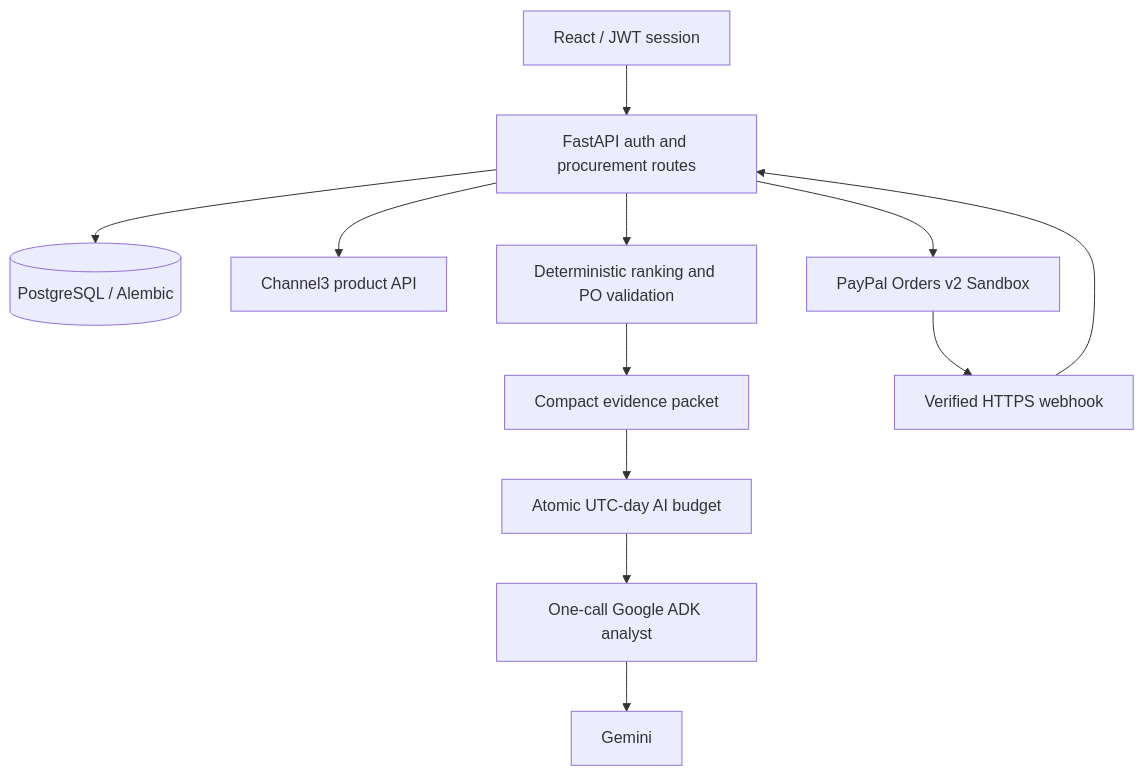
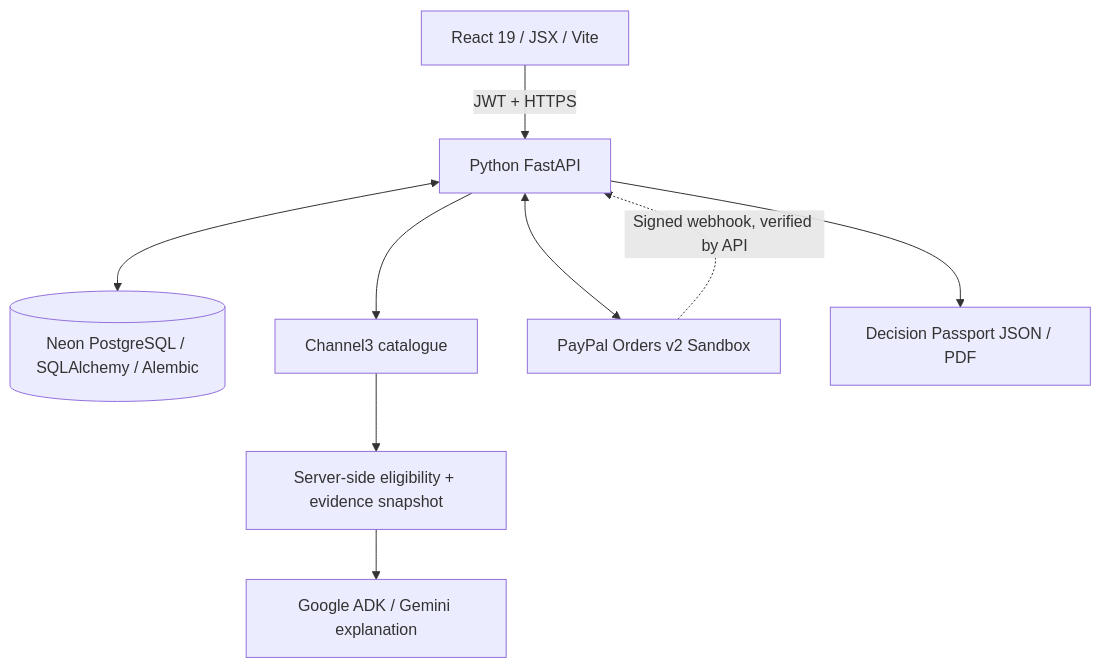
One commit to PerezChris99/ProcurePilot-AI changed the first of 2 diagrams in docs/architecture.md. Above: the diagram before and after it, drawn with Mermaid. The commit also changed other lines of this file, not shown here.

First line of the commit message:
docs(architecture): compact technical review with two precise flow diagrams

```diff
--- a/docs/architecture.md
+++ b/docs/architecture.md
@@ -7,14 +9,11 @@
 ~~~mermaid
-flowchart TB
-  Browser[React / JWT session] --> API[FastAPI auth and procurement routes]
-  API --> DB[(PostgreSQL / Alembic)]
-  API --> Channel3[Channel3 product API]
-  API --> Rules[Deterministic ranking and PO validation]
-  Rules --> Packet[Compact evidence packet]
-  Packet --> Budget[Atomic UTC-day AI budget]
-  Budget --> ADK[One-call Google ADK analyst]
-  ADK --> Gemini[Gemini]
-  API --> Paypal[PayPal Orders v2 Sandbox]
-  Paypal --> Webhook[Verified HTTPS webhook]
-  Webhook --> API
+flowchart TD
+    UI["React 19 / JSX / Vite"] -->|"JWT + HTTPS"| API["Python FastAPI"]
+    API <--> DB[("Neon PostgreSQL / SQLAlchemy / Alembic")]
+    API --> DISC["Channel3 catalogue"]
+    DISC --> RULES["Server-side eligibility + evidence snapshot"]
+    RULES --> AI["Google ADK / Gemini explanation"]
+    API <--> PP["PayPal Orders v2 Sandbox"]
+    PP -. "Signed webhook, verified by API" .-> API
+    API --> PASS["Decision Passport JSON / PDF"]
 ~~~
```
